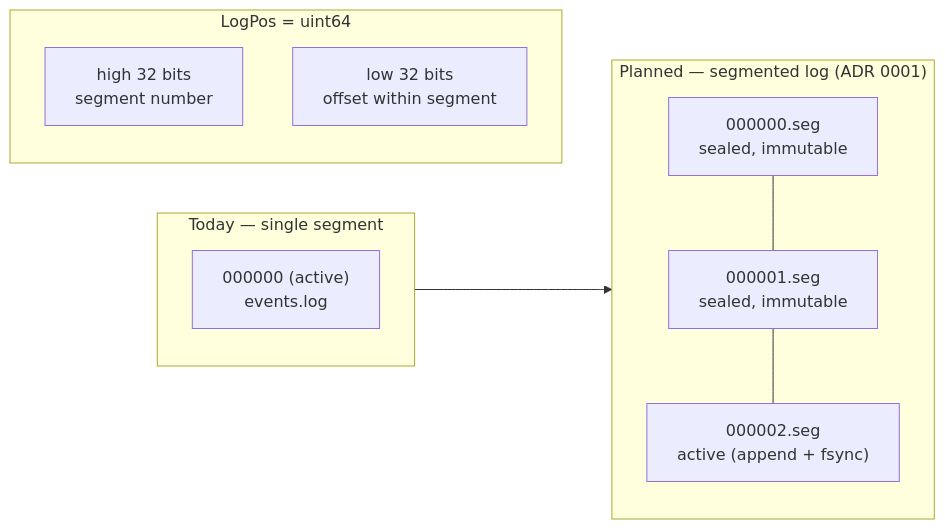
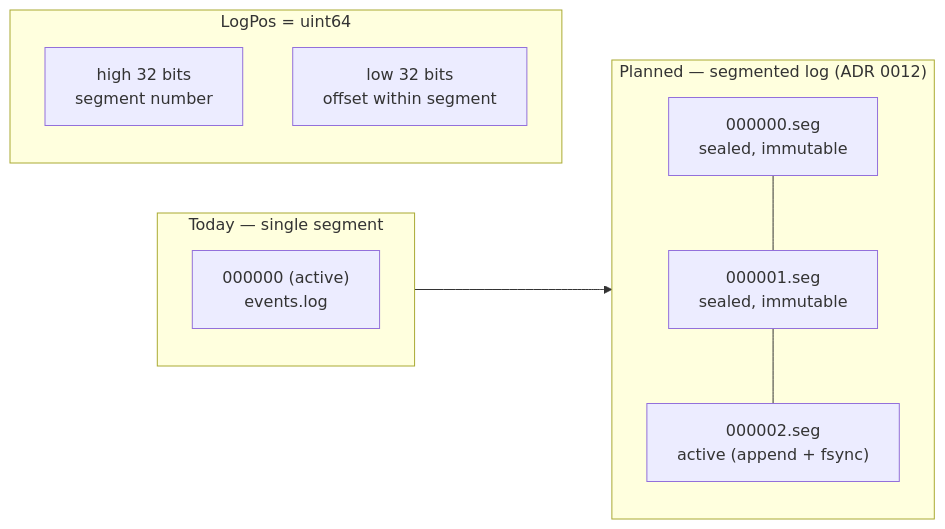
One commit to leow93/eventstore changed the sixth of 6 diagrams in doc/architecture.md. Above: the diagram before and after it, drawn with Mermaid. The commit also changed other lines of this file and 12 other files, not shown here.

````diff
--- a/doc/architecture.md
+++ b/doc/architecture.md
@@ -195,18 +201,18 @@
 ```mermaid
 flowchart LR
     subgraph now["Today — single segment"]
         s0["000000 (active)<br/>events.log"]
     end
-    subgraph planned["Planned — segmented log (ADR 0001)"]
+    subgraph planned["Planned — segmented log (ADR 0012)"]
         p0["000000.seg<br/>sealed, immutable"]
         p1["000001.seg<br/>sealed, immutable"]
         p2["000002.seg<br/>active (append + fsync)"]
         p0 --- p1 --- p2
     end
     now --> planned
 
     subgraph pos["LogPos = uint64"]
         hi["high 32 bits<br/>segment number"]
         lo["low 32 bits<br/>offset within segment"]
     end
 ```
````
